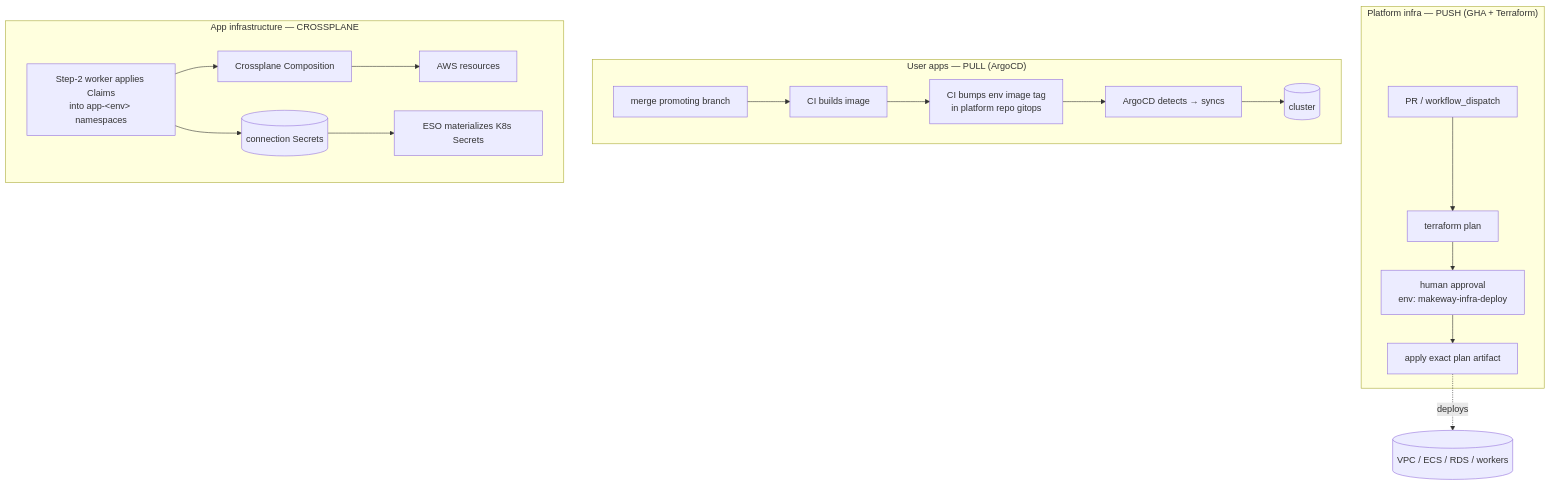
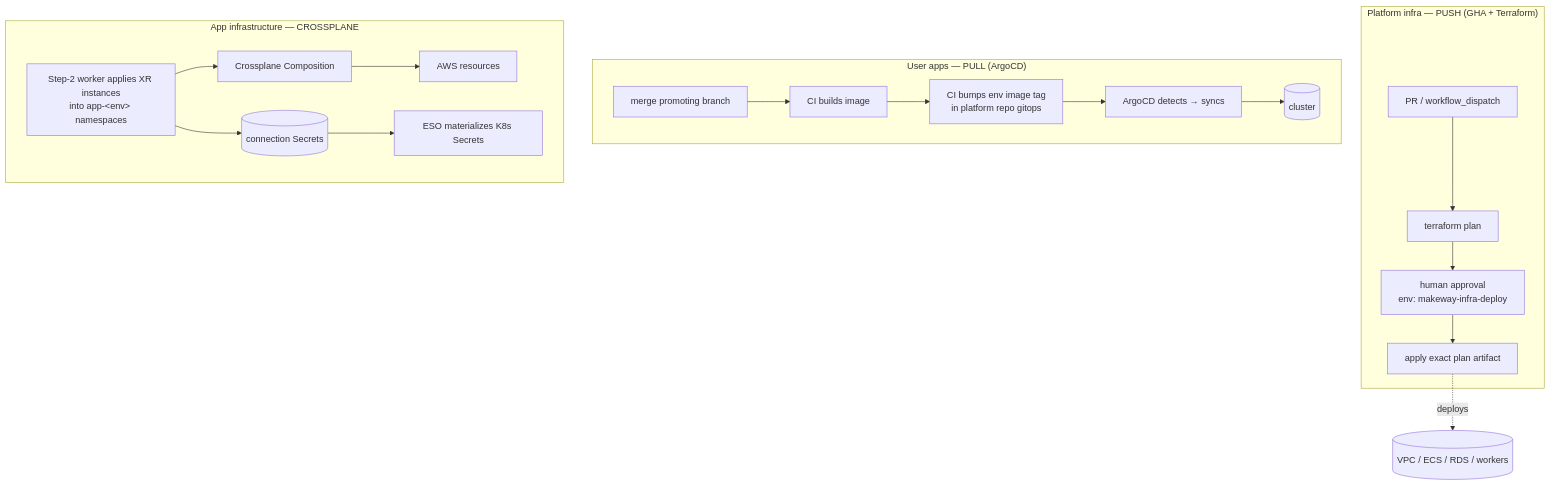
Before and after one commit to kapil4457/Makeway-IDP: the diagram in docs/design/Deployment-Model.md, drawn with Mermaid. The commit also changed other lines of this file and 16 other files, not shown here.

````diff
--- a/docs/design/Deployment-Model.md
+++ b/docs/design/Deployment-Model.md
@@ -14,18 +14,18 @@
 ```mermaid
 flowchart TB
     subgraph push["Platform infra — PUSH (GHA + Terraform)"]
         P1[PR / workflow_dispatch] --> P2[terraform plan] --> P3[human approval<br/>env: makeway-infra-deploy] --> P4[apply exact plan artifact]
     end
 
     subgraph pull["User apps — PULL (ArgoCD)"]
         A1[merge promoting branch] --> A2[CI builds image] --> A3[CI bumps env image tag<br/>in platform repo gitops] --> A4[ArgoCD detects → syncs]
         A4 --> A5[(cluster)]
     end
 
     subgraph provisioning["App infrastructure — CROSSPLANE"]
-        V1[Step-2 worker applies Claims<br/>into app-&lt;env&gt; namespaces] --> V2[Crossplane Composition] --> V3[AWS resources]
+        V1[Step-2 worker applies XR instances<br/>into app-&lt;env&gt; namespaces] --> V2[Crossplane Composition] --> V3[AWS resources]
         V1 --> V4[(connection Secrets)] --> V5[ESO materializes K8s Secrets]
     end
 
     P4 -. deploys .-> PLATFORM[(VPC / ECS / RDS / workers)]
 ```
````
